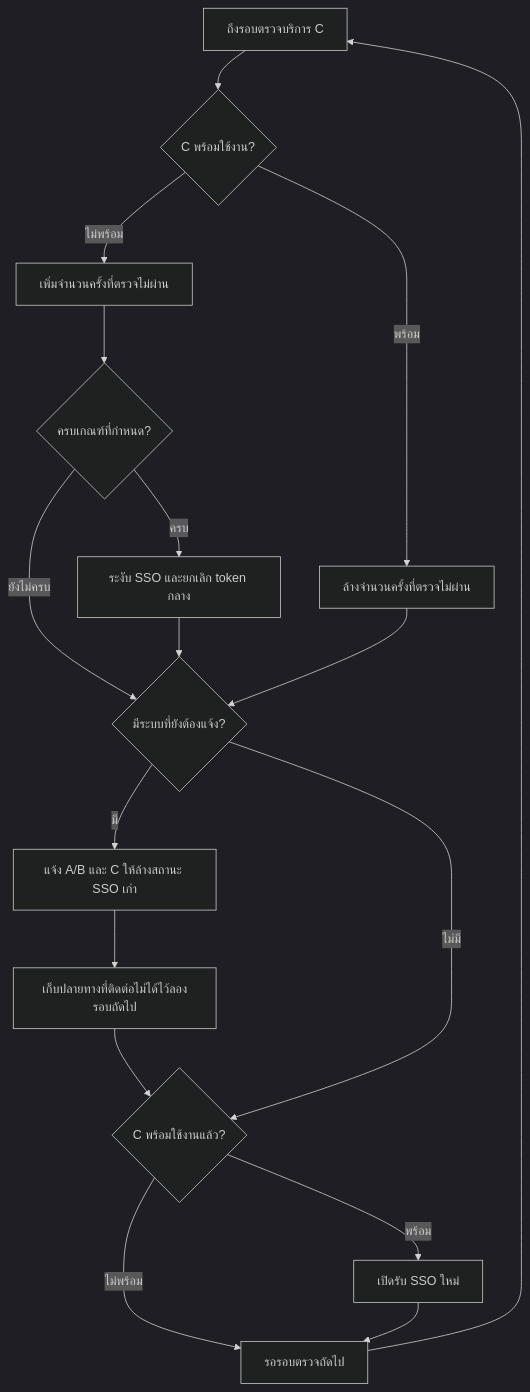
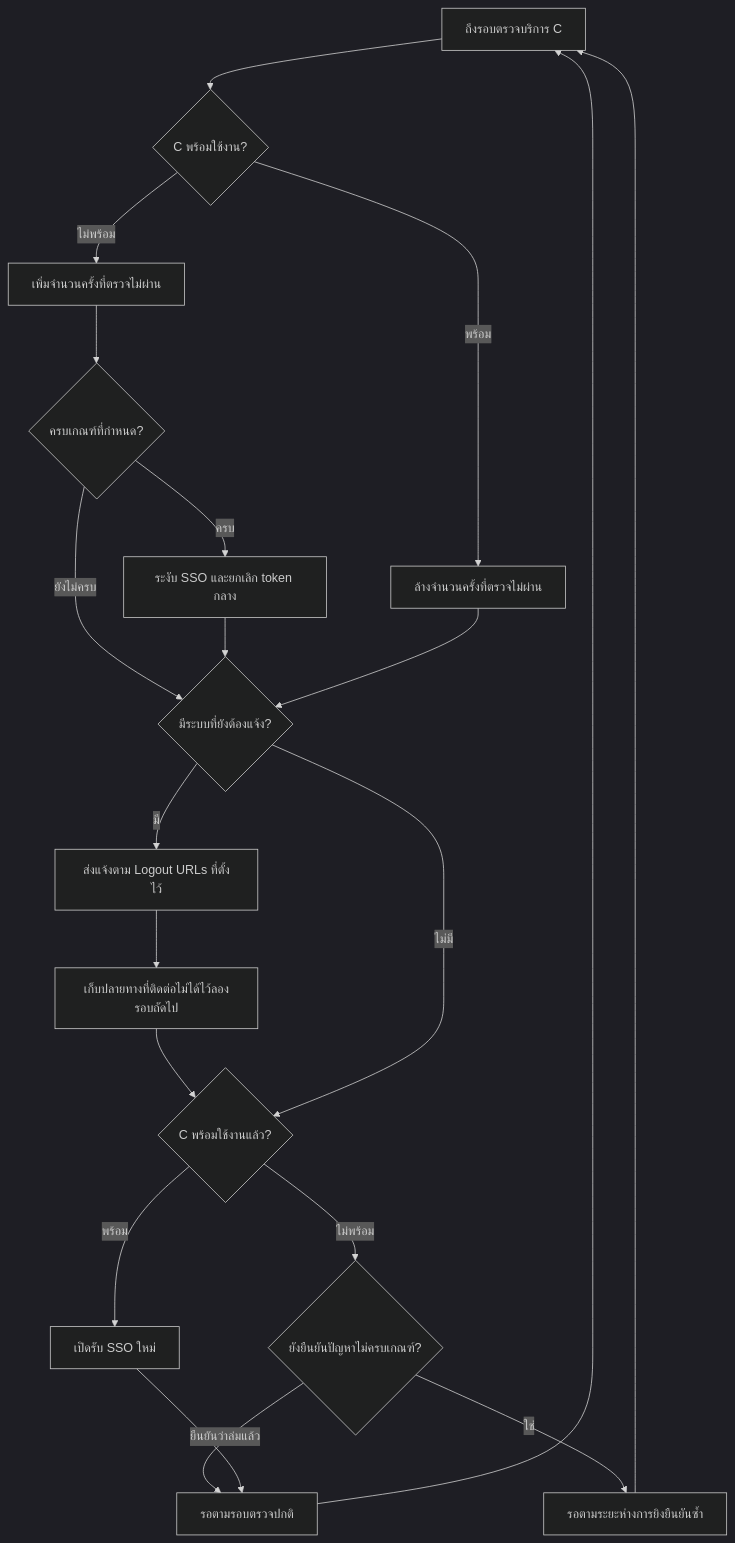
Before and after one commit to Sin1apachai/poc_sso: diagram 22 of 22 in docs/flows/LOGIN-AND-SESSION.md, drawn with Mermaid (dark theme). The commit also changed other lines of this file and 58 other files, not shown here.

Commit message:
Unify SSO logout targets and document native heartbeat settings

````diff
--- a/docs/flows/LOGIN-AND-SESSION.md
+++ b/docs/flows/LOGIN-AND-SESSION.md
@@ -541,19 +550,22 @@
 ```mermaid
 flowchart TD
     T[ถึงรอบตรวจบริการ C] --> H{C พร้อมใช้งาน?}
     H -->|พร้อม| U[ล้างจำนวนครั้งที่ตรวจไม่ผ่าน]
     H -->|ไม่พร้อม| F[เพิ่มจำนวนครั้งที่ตรวจไม่ผ่าน]
     F --> N{ครบเกณฑ์ที่กำหนด?}
     N -->|ยังไม่ครบ| P{มีระบบที่ยังต้องแจ้ง?}
     N -->|ครบ| D[ระงับ SSO และยกเลิก token กลาง]
     D --> P
     U --> P
-    P -->|มี| L[แจ้ง A/B และ C ให้ล้างสถานะ SSO เก่า]
+    P -->|มี| L[ส่งแจ้งตาม Logout URLs ที่ตั้งไว้]
     L --> E[เก็บปลายทางที่ติดต่อไม่ได้ไว้ลองรอบถัดไป]
     E --> G{C พร้อมใช้งานแล้ว?}
     P -->|ไม่มี| G
     G -->|พร้อม| O[เปิดรับ SSO ใหม่]
-    G -->|ไม่พร้อม| W[รอรอบตรวจถัดไป]
+    G -->|ไม่พร้อม| Y{ยังยืนยันปัญหาไม่ครบเกณฑ์?}
+    Y -->|ใช่| C[รอตามระยะห่างการยิงยืนยันซ้ำ]
+    Y -->|ยืนยันว่าล่มแล้ว| W[รอตามรอบตรวจปกติ]
     O --> W
     W --> T
+    C --> T
 ```
````
